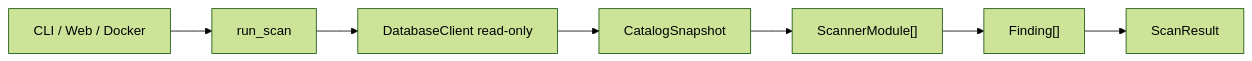
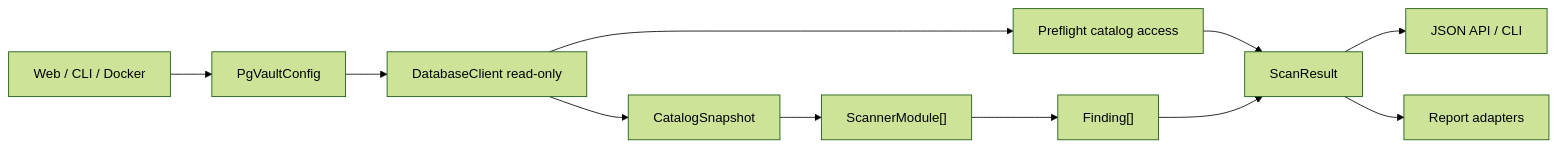
The diagram in README.md (vg-lz/pgVault), drawn with Mermaid (forest theme) before and after one commit. The commit also changed other lines of this file and 19 other files, not shown here.

````diff
--- a/README.md
+++ b/README.md
@@ -77,9 +74,13 @@
 ```mermaid
 flowchart LR
-  A["CLI / Web / Docker"] --> B["run_scan"]
+  A["Web / CLI / Docker"] --> B["PgVaultConfig"]
   B --> C["DatabaseClient read-only"]
-  C --> D["CatalogSnapshot"]
-  D --> E["ScannerModule[]"]
-  E --> F["Finding[]"]
-  F --> G["ScanResult"]
+  C --> D["Preflight catalog access"]
+  C --> E["CatalogSnapshot"]
+  E --> F["ScannerModule[]"]
+  F --> G["Finding[]"]
+  D --> H["ScanResult"]
+  G --> H
+  H --> I["JSON API / CLI"]
+  H --> J["Report adapters"]
 ```
````
